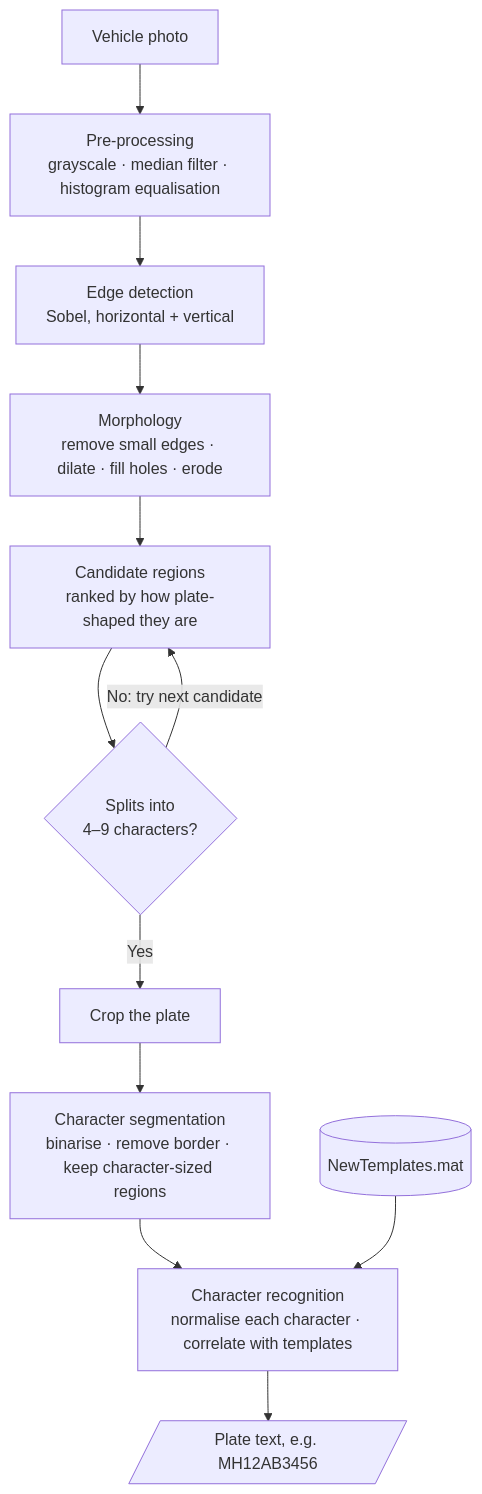
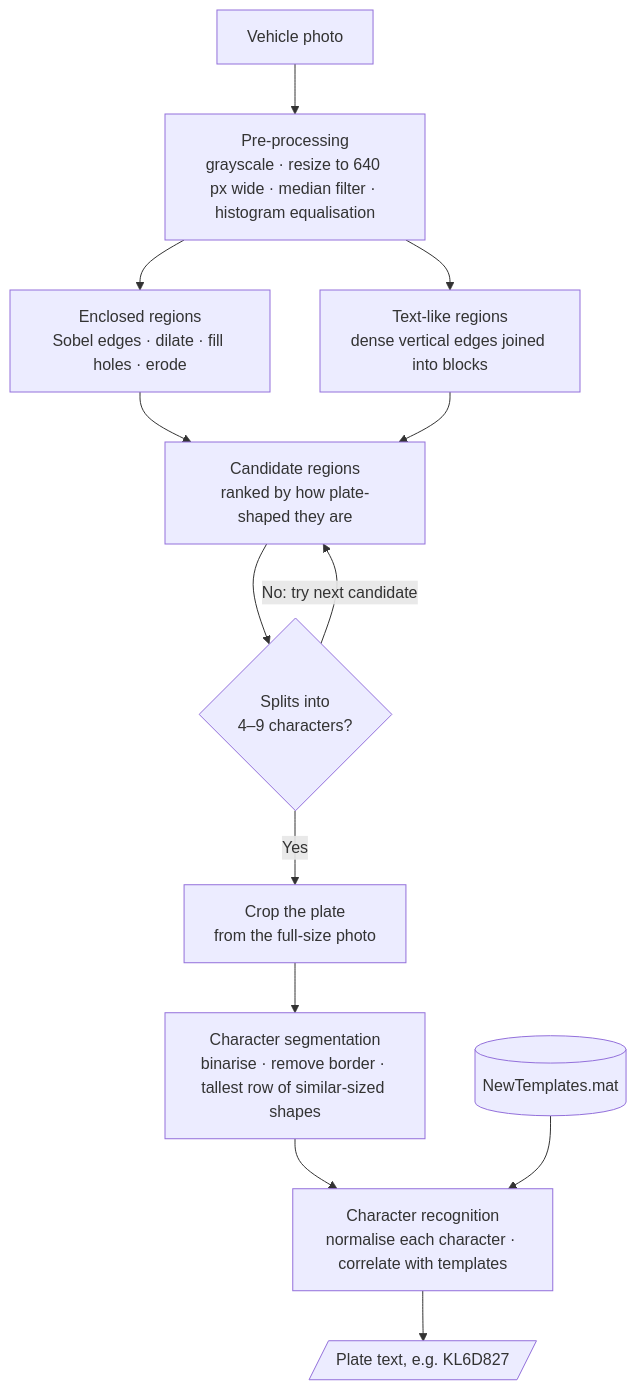
One commit to Tanu-0225/VEHICLE-PLATE-RECOGNITION-SYSTEM-USING-MATLAB changed the diagram in README.md. Above: the diagram before and after it, drawn with Mermaid. The commit also changed other lines of this file and 42 other files, not shown here.

First line of the commit message:
Read real photos: better plate finding and character splitting

````diff
--- a/README.md
+++ b/README.md
@@ -7,14 +7,15 @@
 ```mermaid
 flowchart TD
-    A["Vehicle photo"] --> B["Pre-processing<br/>grayscale · median filter · histogram equalisation"]
-    B --> C["Edge detection<br/>Sobel, horizontal + vertical"]
-    C --> D["Morphology<br/>remove small edges · dilate · fill holes · erode"]
-    D --> E["Candidate regions<br/>ranked by how plate-shaped they are"]
+    A["Vehicle photo"] --> B["Pre-processing<br/>grayscale · resize to 640 px wide · median filter · histogram equalisation"]
+    B --> C1["Enclosed regions<br/>Sobel edges · dilate · fill holes · erode"]
+    B --> C2["Text-like regions<br/>dense vertical edges joined into blocks"]
+    C1 --> E["Candidate regions<br/>ranked by how plate-shaped they are"]
+    C2 --> E
     E --> F{"Splits into<br/>4–9 characters?"}
     F -- "No: try next candidate" --> E
-    F -- "Yes" --> G["Crop the plate"]
-    G --> H["Character segmentation<br/>binarise · remove border · keep character-sized regions"]
+    F -- "Yes" --> G["Crop the plate<br/>from the full-size photo"]
+    G --> H["Character segmentation<br/>binarise · remove border · tallest row of similar-sized shapes"]
     H --> I["Character recognition<br/>normalise each character · correlate with templates"]
     T[("NewTemplates.mat")] --> I
-    I --> J[/"Plate text, e.g. MH12AB3456"/]
+    I --> J[/"Plate text, e.g. KL6D827"/]
 ```
````
